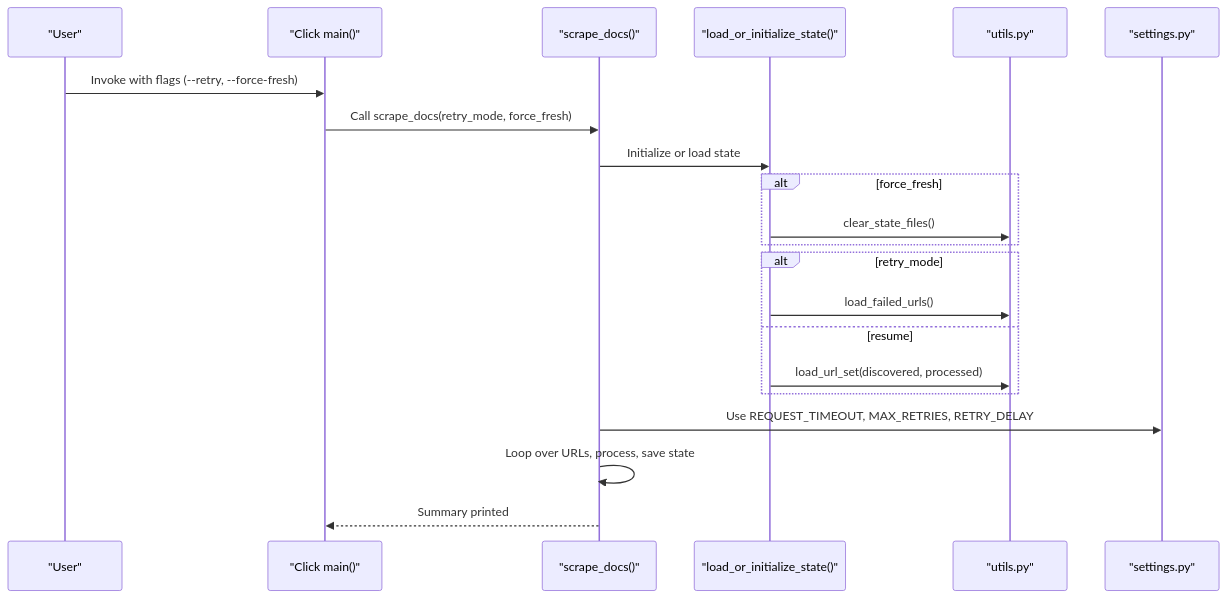
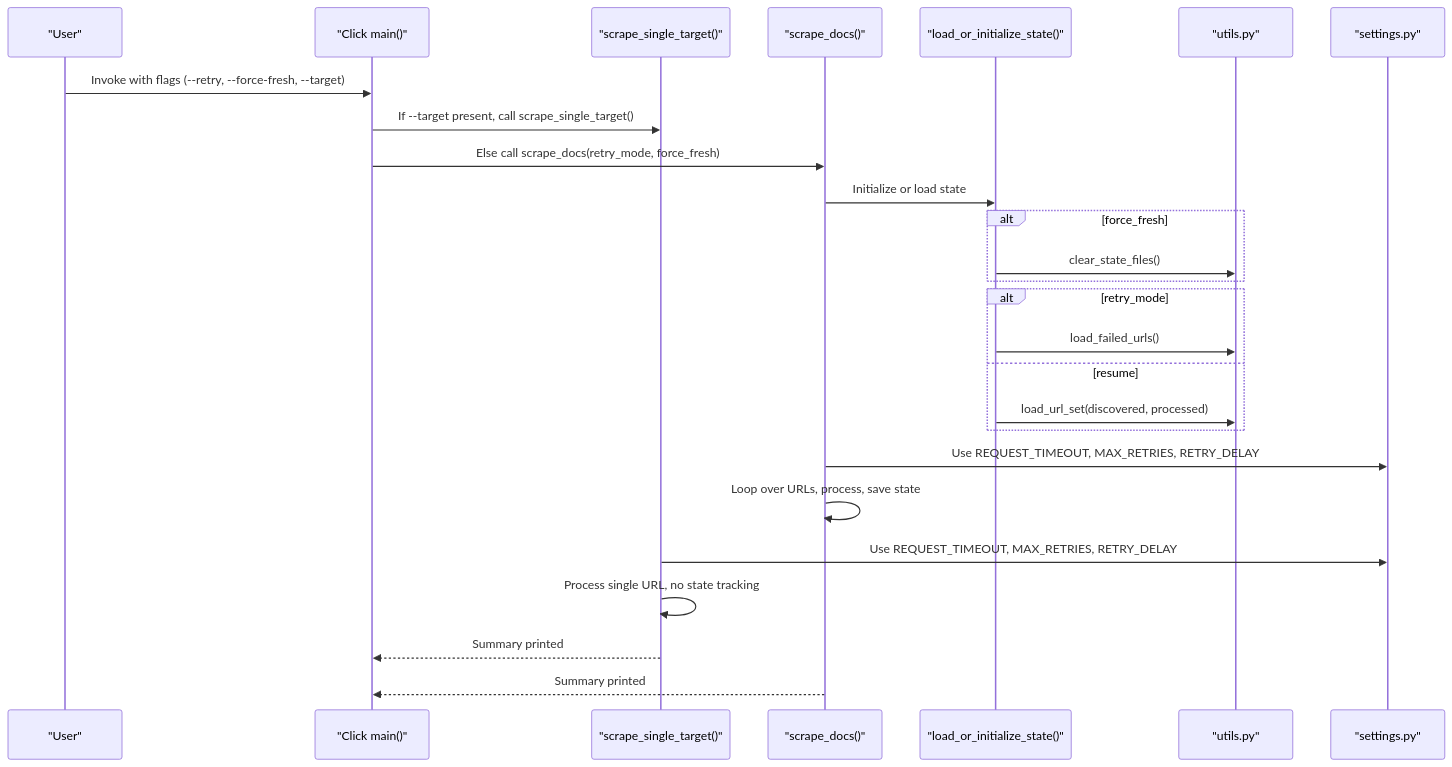
The second of 4 diagrams in .qoder/repowiki/en/content/Usage Guide/CLI Options and Parameters.md (cr8ivecodesmith/pico-css-docs), drawn with Mermaid before and after one commit. The commit also changed other lines of this file and 5 other files, not shown here.

````diff
--- a/.qoder/repowiki/en/content/Usage Guide/CLI Options and Parameters.md
+++ b/.qoder/repowiki/en/content/Usage Guide/CLI Options and Parameters.md
@@ -98,23 +116,28 @@
 ```mermaid
 sequenceDiagram
 participant User as "User"
 participant CLI as "Click main()"
+participant TargetMode as "scrape_single_target()"
 participant Workflow as "scrape_docs()"
 participant State as "load_or_initialize_state()"
 participant Utils as "utils.py"
 participant Settings as "settings.py"
-User->>CLI : Invoke with flags (--retry, --force-fresh)
-CLI->>Workflow : Call scrape_docs(retry_mode, force_fresh)
+User->>CLI : Invoke with flags (--retry, --force-fresh, --target)
+CLI->>TargetMode : If --target present, call scrape_single_target()
+CLI->>Workflow : Else call scrape_docs(retry_mode, force_fresh)
 Workflow->>State : Initialize or load state
 alt force_fresh
 State->>Utils : clear_state_files()
 end
 alt retry_mode
 State->>Utils : load_failed_urls()
 else resume
 State->>Utils : load_url_set(discovered, processed)
 end
 Workflow->>Settings : Use REQUEST_TIMEOUT, MAX_RETRIES, RETRY_DELAY
 Workflow->>Workflow : Loop over URLs, process, save state
+TargetMode->>Settings : Use REQUEST_TIMEOUT, MAX_RETRIES, RETRY_DELAY
+TargetMode->>TargetMode : Process single URL, no state tracking
+TargetMode-->>CLI : Summary printed
 Workflow-->>CLI : Summary printed
 ```
````
